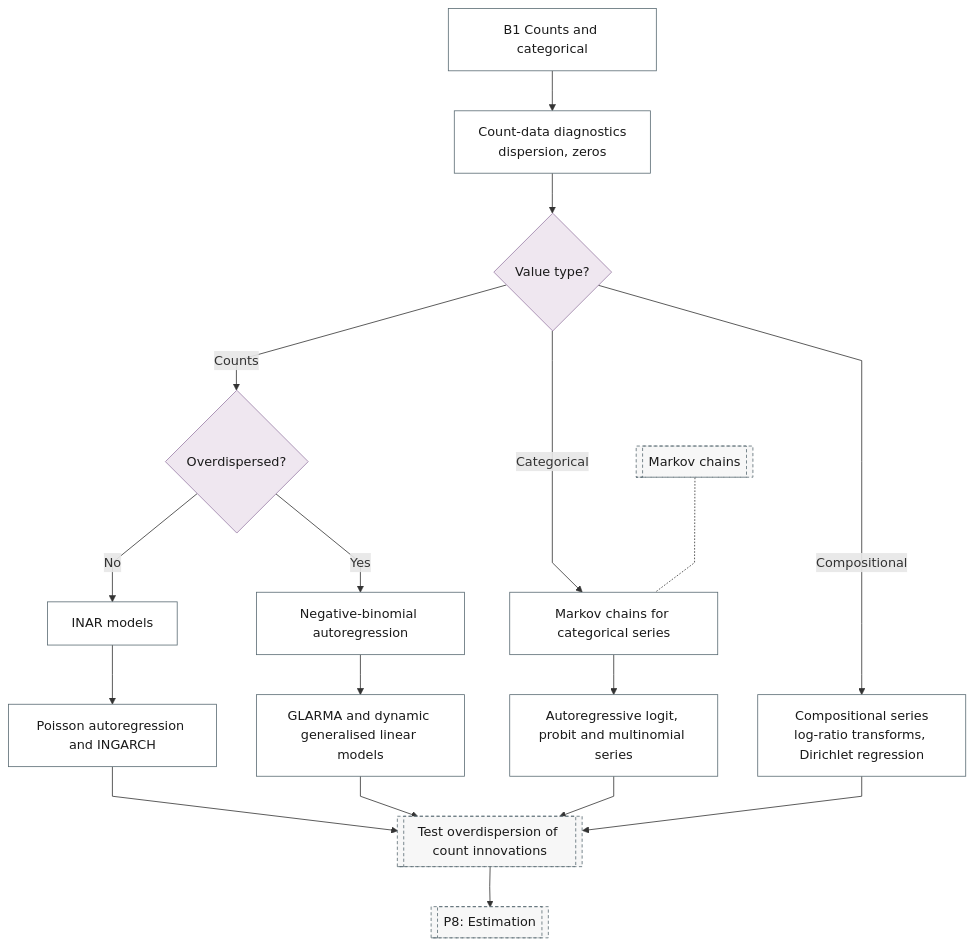
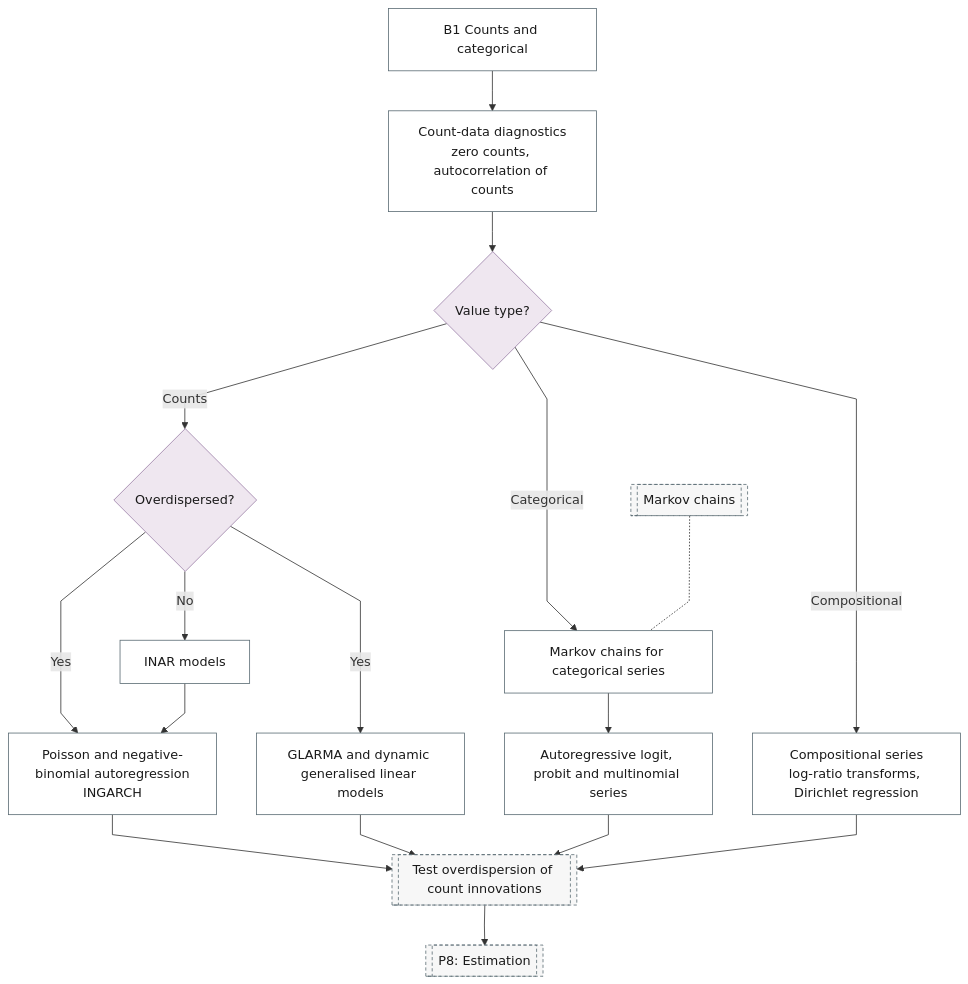
Before and after one commit to Shuxin-Y/time-series-analysis-manual: the diagram in docs/reference/16-count-categorical/index.md, drawn with Mermaid. The commit also changed other lines of this file and 27 other files, not shown here.

First line of the commit message:
fix(flowchart): one method, one leaf

````diff
--- a/docs/reference/16-count-categorical/index.md
+++ b/docs/reference/16-count-categorical/index.md
@@ -7,28 +7,28 @@
 ```mermaid
 %%{init: {"flowchart": {"curve": "linear"}}}%%
 graph TD
-    B1["B1 Counts and categorical"] --> B1_COUNT_EDA["Count-data diagnostics<br/>dispersion, zeros"]
+    B1["B1 Counts and categorical"] --> B1_COUNT_EDA["Count-data diagnostics<br/>zero counts, autocorrelation of counts"]
     B1_COUNT_EDA --> B1_VALUE{"Value type?"}
     B1_VALUE -->|"Counts"| B1_DISPERSION{"Overdispersed?"}
     B1_VALUE -->|"Categorical"| B1_MARKOV_CHAIN["Markov chains for categorical series"]
     B1_VALUE -->|"Compositional"| B1_COMPOSITIONAL["Compositional series<br/>log-ratio transforms, Dirichlet regression"]
     B1_DISPERSION -->|"No"| B1_INAR["INAR models"]
-    B1_DISPERSION -->|"Yes"| B1_NEGATIVE_BINOMIAL["Negative-binomial autoregression"]
-    B1_INAR --> B1_POISSON_AR["Poisson autoregression and INGARCH"]
-    B1_NEGATIVE_BINOMIAL --> B1_GLARMA["GLARMA and dynamic generalised linear models"]
+    B1_DISPERSION -->|"Yes"| B1_GLARMA["GLARMA and dynamic generalised linear models"]
+    B1_DISPERSION -->|"Yes"| B1_POISSON_AR
+    B1_INAR --> B1_POISSON_AR["Poisson and negative-binomial autoregression<br/>INGARCH"]
     B1_MARKOV_CHAIN --> B1_AR_LOGIT["Autoregressive logit, probit and multinomial series"]
     B1_POISSON_AR & B1_GLARMA & B1_AR_LOGIT & B1_COMPOSITIONAL --> P7_COUNT_TESTS[["Test overdispersion of count innovations"]]
     P7_COUNT_TESTS --> P8[["P8: Estimation"]]
     F_MARKOV[["Markov chains"]] -.- B1_MARKOV_CHAIN
     class B1_VALUE,B1_DISPERSION decision
-    class B1,B1_COUNT_EDA,B1_MARKOV_CHAIN,B1_COMPOSITIONAL,B1_INAR,B1_NEGATIVE_BINOMIAL,B1_POISSON_AR,B1_GLARMA,B1_AR_LOGIT process
+    class B1,B1_COUNT_EDA,B1_MARKOV_CHAIN,B1_COMPOSITIONAL,B1_INAR,B1_GLARMA,B1_POISSON_AR,B1_AR_LOGIT process
     class P7_COUNT_TESTS,P8,F_MARKOV ref
     classDef terminator fill:#E6F2F7,stroke:#007BA7,color:#1A1A1A;
     classDef process fill:#FFFFFF,stroke:#5A6B73,color:#1A1A1A;
     classDef decision fill:#EFE7F0,stroke:#9B7FA7,color:#1A1A1A;
     classDef data fill:#FFF4E0,stroke:#C9A55E,color:#1A1A1A;
     classDef good fill:#DCEFD8,stroke:#4A7A3F,color:#1A1A1A;
     classDef escalate fill:#FFE9C2,stroke:#C9A55E,color:#1A1A1A;
     classDef problem fill:#F2D9DE,stroke:#800020,color:#1A1A1A;
     classDef ref fill:#F7F7F7,stroke:#5A6B73,color:#1A1A1A,stroke-dasharray:4 3;
 ```
````
